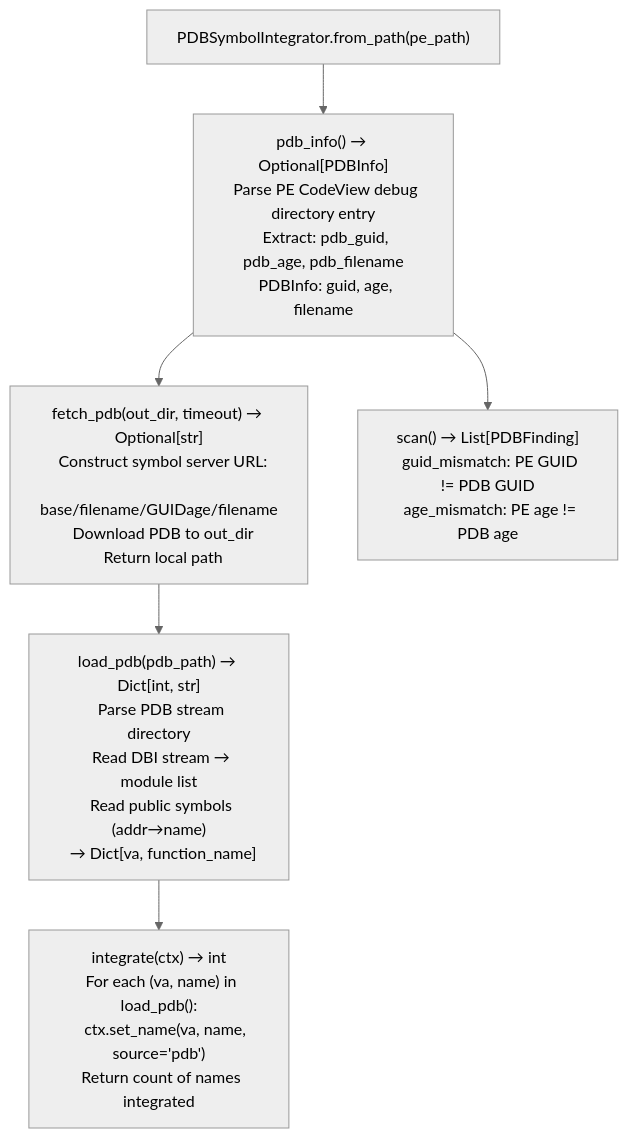
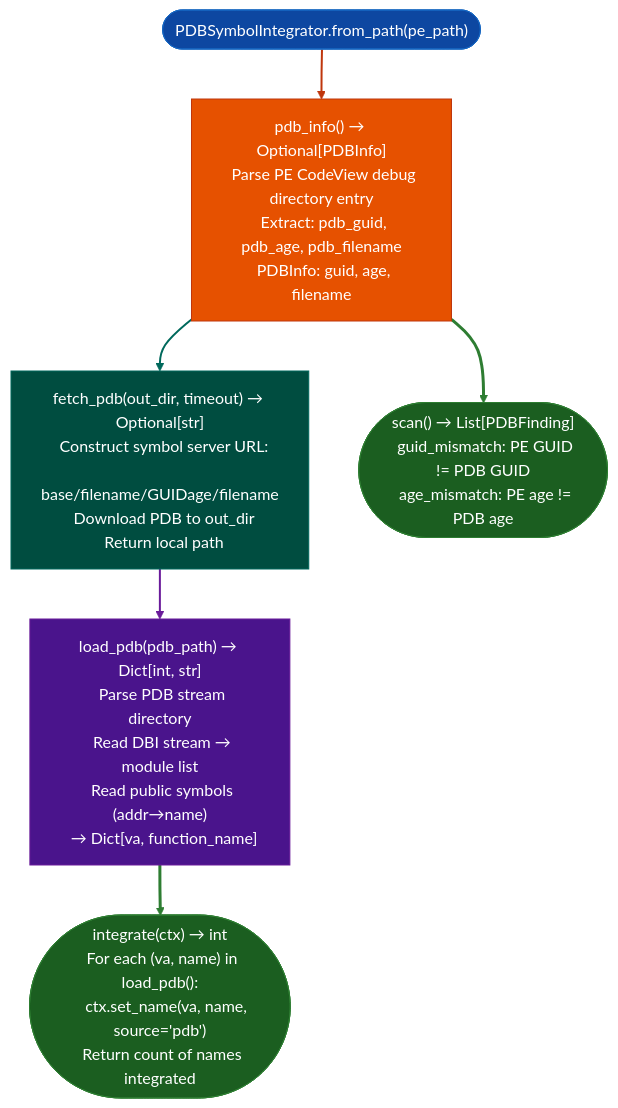
One commit to Ablation-Tool/ablation changed the diagram in docs/reference-modules/pdb-integration.md. Above: the diagram before and after it, drawn with Mermaid (neutral theme). The commit also changed 320 other files, not shown here.

First line of the commit message:
docs: apply canonical Mermaid template to all 321 diagrams

````diff
--- a/docs/reference-modules/pdb-integration.md
+++ b/docs/reference-modules/pdb-integration.md
@@ -19,8 +19,19 @@
 ```mermaid
 flowchart TD
-    A["PDBSymbolIntegrator.from_path(pe_path)"] --> B["pdb_info() → Optional[PDBInfo]\n  Parse PE CodeView debug directory entry\n  Extract: pdb_guid, pdb_age, pdb_filename\n  PDBInfo: guid, age, filename"]
-    B --> C["fetch_pdb(out_dir, timeout) → Optional[str]\n  Construct symbol server URL:\n    base/filename/GUIDage/filename\n  Download PDB to out_dir\n  Return local path"]
-    C --> D["load_pdb(pdb_path) → Dict[int, str]\n  Parse PDB stream directory\n  Read DBI stream → module list\n  Read public symbols (addr→name)\n  → Dict[va, function_name]"]
-    D --> E["integrate(ctx) → int\n  For each (va, name) in load_pdb():\n    ctx.set_name(va, name, source='pdb')\n  Return count of names integrated"]
-    B --> F["scan() → List[PDBFinding]\n  guid_mismatch: PE GUID != PDB GUID\n  age_mismatch: PE age != PDB age"]
+    A(["PDBSymbolIntegrator.from_path(pe_path)"]):::input --> B["pdb_info() → Optional[PDBInfo]\n  Parse PE CodeView debug directory entry\n  Extract: pdb_guid, pdb_age, pdb_filename\n  PDBInfo: guid, age, filename"]:::primary
+    B:::primary --> C["fetch_pdb(out_dir, timeout) → Optional[str]\n  Construct symbol server URL:\n    base/filename/GUIDage/filename\n  Download PDB to out_dir\n  Return local path"]:::secondary
+    C:::secondary --> D["load_pdb(pdb_path) → Dict[int, str]\n  Parse PDB stream directory\n  Read DBI stream → module list\n  Read public symbols (addr→name)\n  → Dict[va, function_name]"]:::tertiary
+    D:::tertiary --> E(["integrate(ctx) → int\n  For each (va, name) in load_pdb():\n    ctx.set_name(va, name, source='pdb')\n  Return count of names integrated"]):::output
+    B:::primary --> F(["scan() → List[PDBFinding]\n  guid_mismatch: PE GUID != PDB GUID\n  age_mismatch: PE age != PDB age"]):::output
+    classDef input     fill:#0d47a1,stroke:#1565c0,color:#fff
+    classDef primary   fill:#e65100,stroke:#bf360c,color:#fff
+    classDef secondary fill:#004d40,stroke:#00695c,color:#fff
+    classDef tertiary  fill:#4a148c,stroke:#6a1b9a,color:#fff
+    classDef neutral   fill:#37474f,stroke:#546e7a,color:#fff
+    classDef output    fill:#1b5e20,stroke:#2e7d32,color:#fff
+    linkStyle 0 stroke:#bf360c,stroke-width:2px
+    linkStyle 1 stroke:#00695c,stroke-width:2px
+    linkStyle 2 stroke:#6a1b9a,stroke-width:2px
+    linkStyle 3 stroke:#2e7d32,stroke-width:3px
+    linkStyle 4 stroke:#2e7d32,stroke-width:3px
 ```
````
